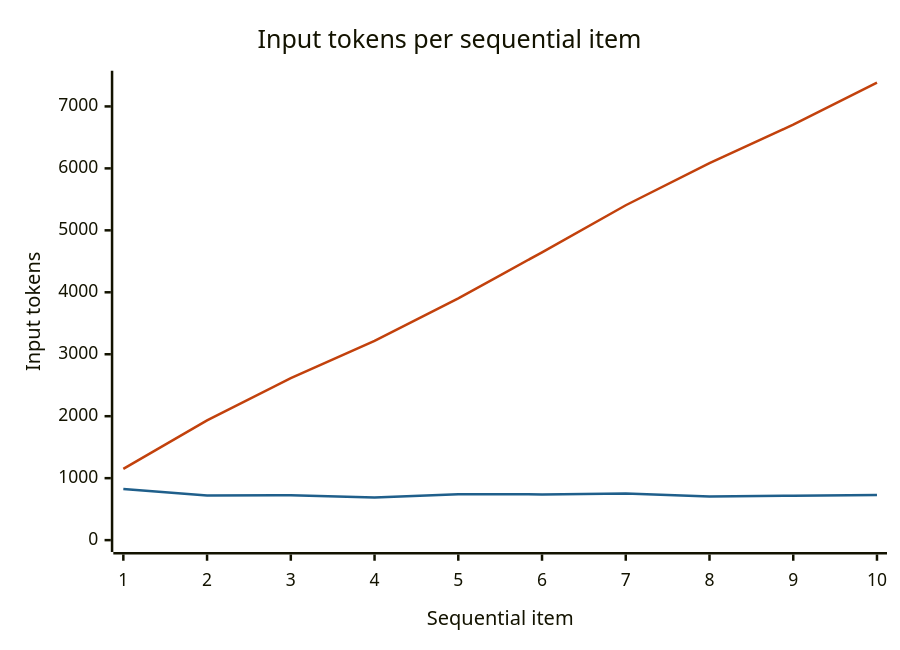
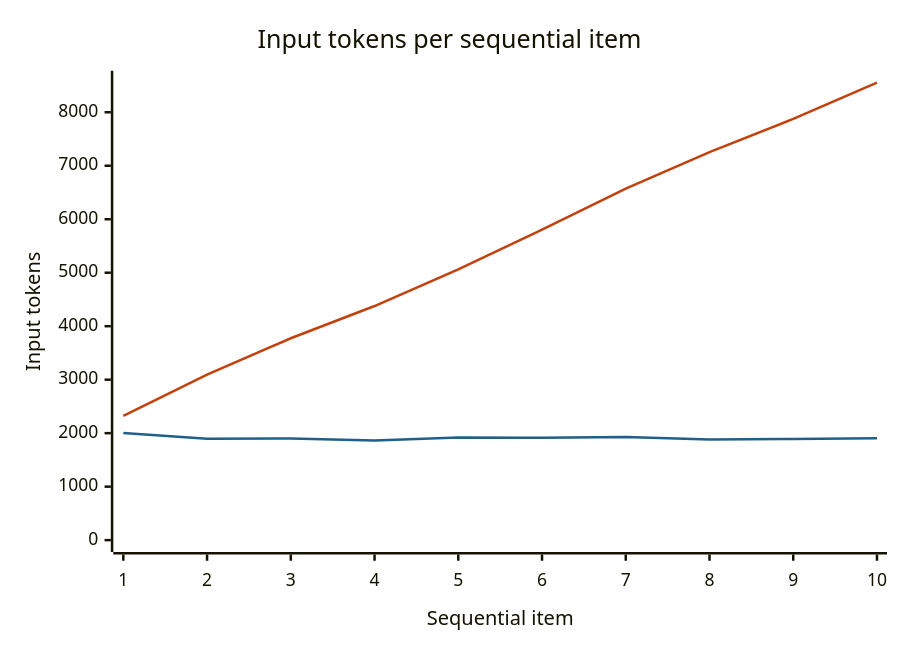
The diagram in docs/metrics.md (vidhu-hegde/Multi-Agent-Tax-System), drawn with Mermaid before and after one commit. The commit also changed other lines of this file and 7 other files, not shown here.

````diff
--- a/docs/metrics.md
+++ b/docs/metrics.md
@@ -35,9 +37,9 @@
 ```mermaid
 %%{init: {"themeVariables": {"xyChart": {"plotColorPalette": "#1f5f8b, #c2410c"}}}}%%
 xychart-beta
     title "Input tokens per sequential item"
     x-axis "Sequential item" [1, 2, 3, 4, 5, 6, 7, 8, 9, 10]
-    y-axis "Input tokens" 0 --> 7384
-    line [827, 719, 724, 689, 742, 738, 752, 705, 717, 730]
-    line [1150, 1933, 2613, 3216, 3901, 4645, 5405, 6084, 6706, 7384]
+    y-axis "Input tokens" 0 --> 8554
+    line [2003, 1895, 1900, 1865, 1918, 1914, 1928, 1881, 1893, 1906]
+    line [2321, 3094, 3774, 4377, 5062, 5806, 6572, 7254, 7876, 8554]
 ```
````
